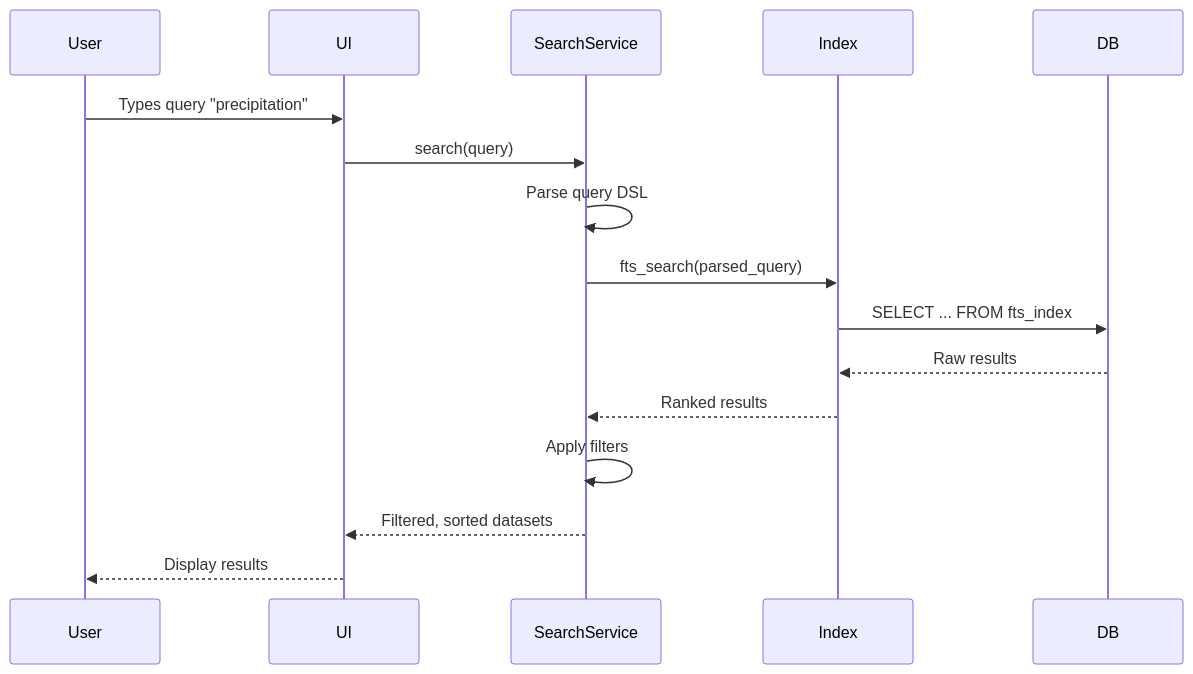
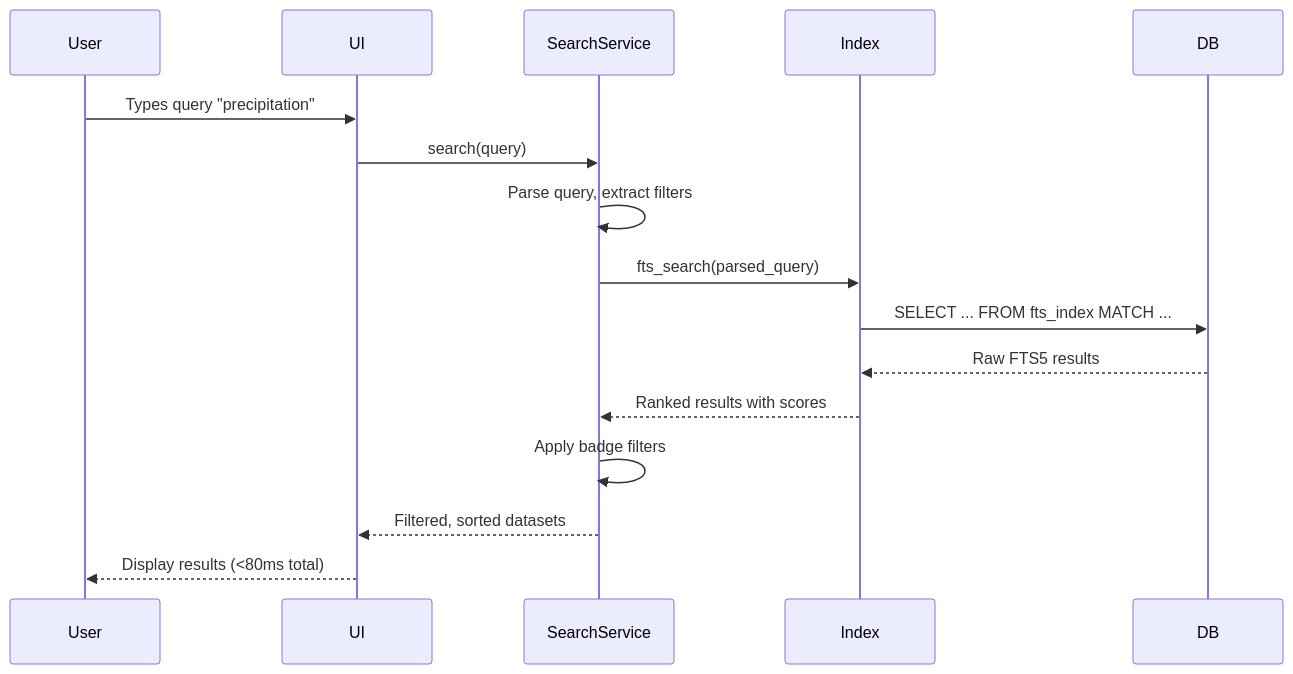
One commit to 0xpix/Hei-DataHub changed the second of 6 diagrams in dev-docs/architecture/overview.md. Above: the diagram before and after it, drawn with Mermaid. The commit also changed other lines of this file, not shown here.

Commit message:
feat: Revise system architecture overview to reflect cloud-first design and enhance clarity on core capabilities and components

````diff
--- a/dev-docs/architecture/overview.md
+++ b/dev-docs/architecture/overview.md
@@ -286,19 +363,19 @@
 ```mermaid
 sequenceDiagram
     participant User
     participant UI
     participant SearchService
     participant Index
     participant DB
 
     User->>UI: Types query "precipitation"
     UI->>SearchService: search(query)
-    SearchService->>SearchService: Parse query DSL
+    SearchService->>SearchService: Parse query, extract filters
     SearchService->>Index: fts_search(parsed_query)
-    Index->>DB: SELECT ... FROM fts_index
-    DB-->>Index: Raw results
-    Index-->>SearchService: Ranked results
-    SearchService->>SearchService: Apply filters
+    Index->>DB: SELECT ... FROM fts_index MATCH ...
+    DB-->>Index: Raw FTS5 results
+    Index-->>SearchService: Ranked results with scores
+    SearchService->>SearchService: Apply badge filters
     SearchService-->>UI: Filtered, sorted datasets
-    UI-->>User: Display results
+    UI-->>User: Display results (<80ms total)
 ```
````
